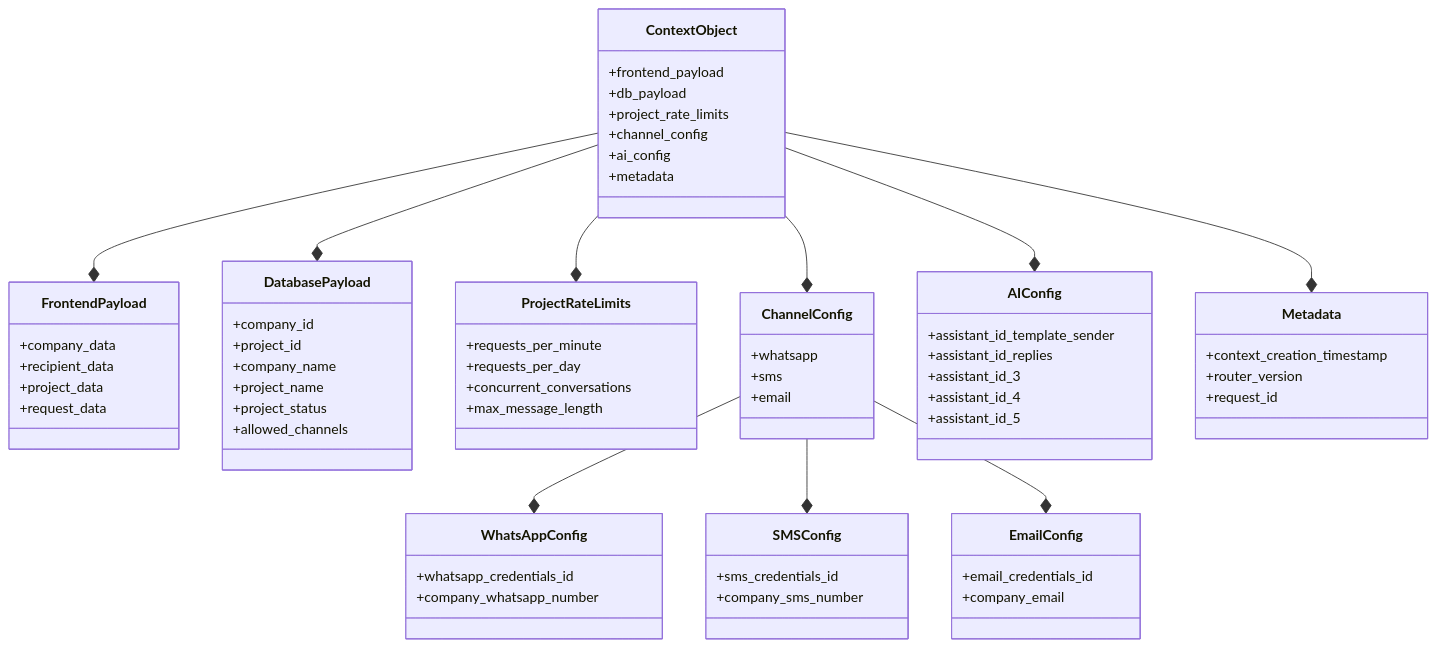
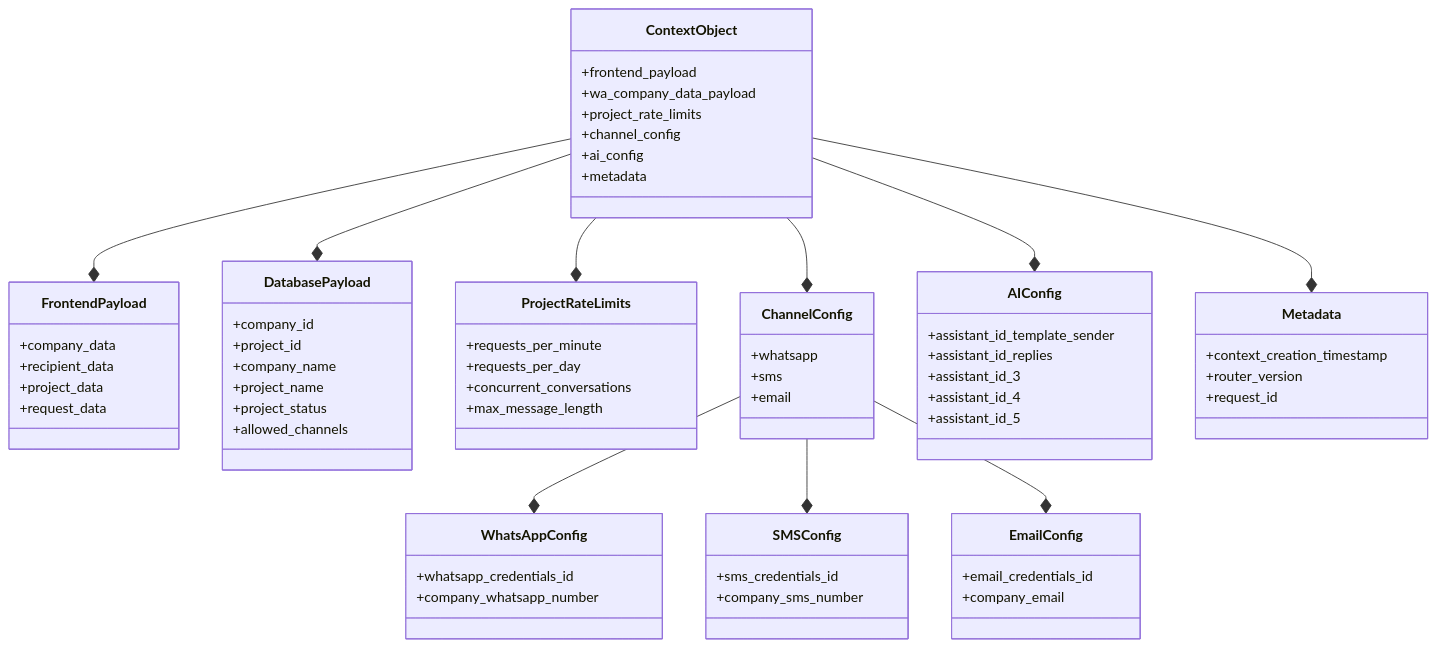
Before and after one commit to junksamiad/template-sender-engine: the seventh of 7 diagrams in lld/channel-router/channel-router-diagrams-v1.0.md, drawn with Mermaid. The commit also changed 17 other files, not shown here.

Commit message:
Rename db_payload to wa_company_data_payload for better clarity

````diff
--- a/lld/channel-router/channel-router-diagrams-v1.0.md
+++ b/lld/channel-router/channel-router-diagrams-v1.0.md
@@ -455,79 +455,79 @@
 ```mermaid
 classDiagram
     class ContextObject {
         +frontend_payload
-        +db_payload
+        +wa_company_data_payload
         +project_rate_limits
         +channel_config
         +ai_config
         +metadata
     }
     
     class FrontendPayload {
         +company_data
         +recipient_data
         +project_data
         +request_data
     }
     
     class DatabasePayload {
         +company_id
         +project_id
         +company_name
         +project_name
         +project_status
         +allowed_channels
     }
     
     class ProjectRateLimits {
         +requests_per_minute
         +requests_per_day
         +concurrent_conversations
         +max_message_length
     }
     
     class ChannelConfig {
         +whatsapp
         +sms
         +email
     }
     
     class WhatsAppConfig {
         +whatsapp_credentials_id
         +company_whatsapp_number
     }
     
     class SMSConfig {
         +sms_credentials_id
         +company_sms_number
     }
     
     class EmailConfig {
         +email_credentials_id
         +company_email
     }
     
     class AIConfig {
         +assistant_id_template_sender
         +assistant_id_replies
         +assistant_id_3
         +assistant_id_4
         +assistant_id_5
     }
     
     class Metadata {
         +context_creation_timestamp
         +router_version
         +request_id
     }
     
     ContextObject --* FrontendPayload
     ContextObject --* DatabasePayload
     ContextObject --* ProjectRateLimits
     ContextObject --* ChannelConfig
     ContextObject --* AIConfig
     ContextObject --* Metadata
     ChannelConfig --* WhatsAppConfig
     ChannelConfig --* SMSConfig
     ChannelConfig --* EmailConfig
 ```
````
